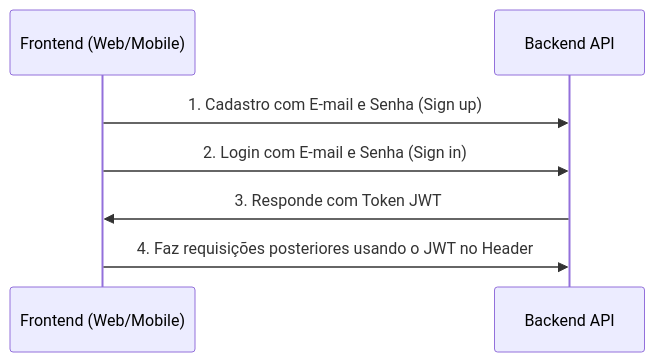
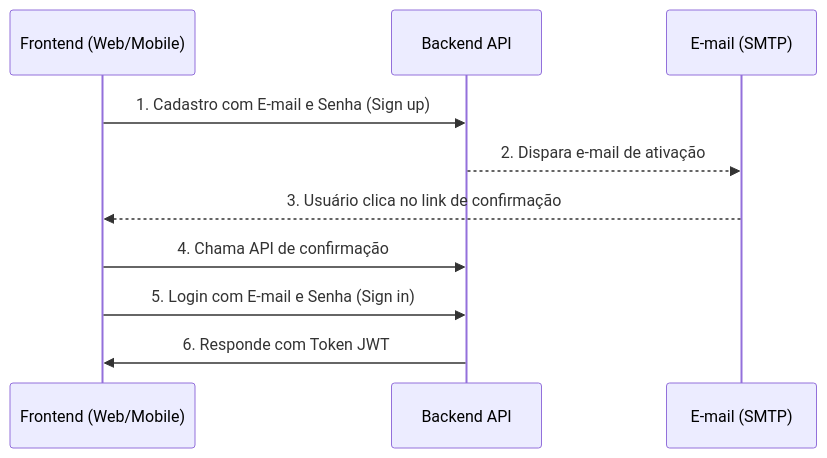
The diagram in docs/auth.md (leo-nardo/api-engajamento), drawn with Mermaid before and after one commit. The commit also changed other lines of this file and 3 other files, not shown here.

````diff
--- a/docs/auth.md
+++ b/docs/auth.md
@@ -19,10 +22,13 @@
 ```mermaid
 sequenceDiagram
     participant A as Frontend (Web/Mobile)
     participant B as Backend API
+    participant C as E-mail (SMTP)
 
     A->>B: 1. Cadastro com E-mail e Senha (Sign up)
-    A->>B: 2. Login com E-mail e Senha (Sign in)
-    B->>A: 3. Responde com Token JWT
-    A->>B: 4. Faz requisições posteriores usando o JWT no Header
+    B-->>C: 2. Dispara e-mail de ativação
+    C-->>A: 3. Usuário clica no link de confirmação
+    A->>B: 4. Chama API de confirmação
+    A->>B: 5. Login com E-mail e Senha (Sign in)
+    B->>A: 6. Responde com Token JWT
 ```
````
